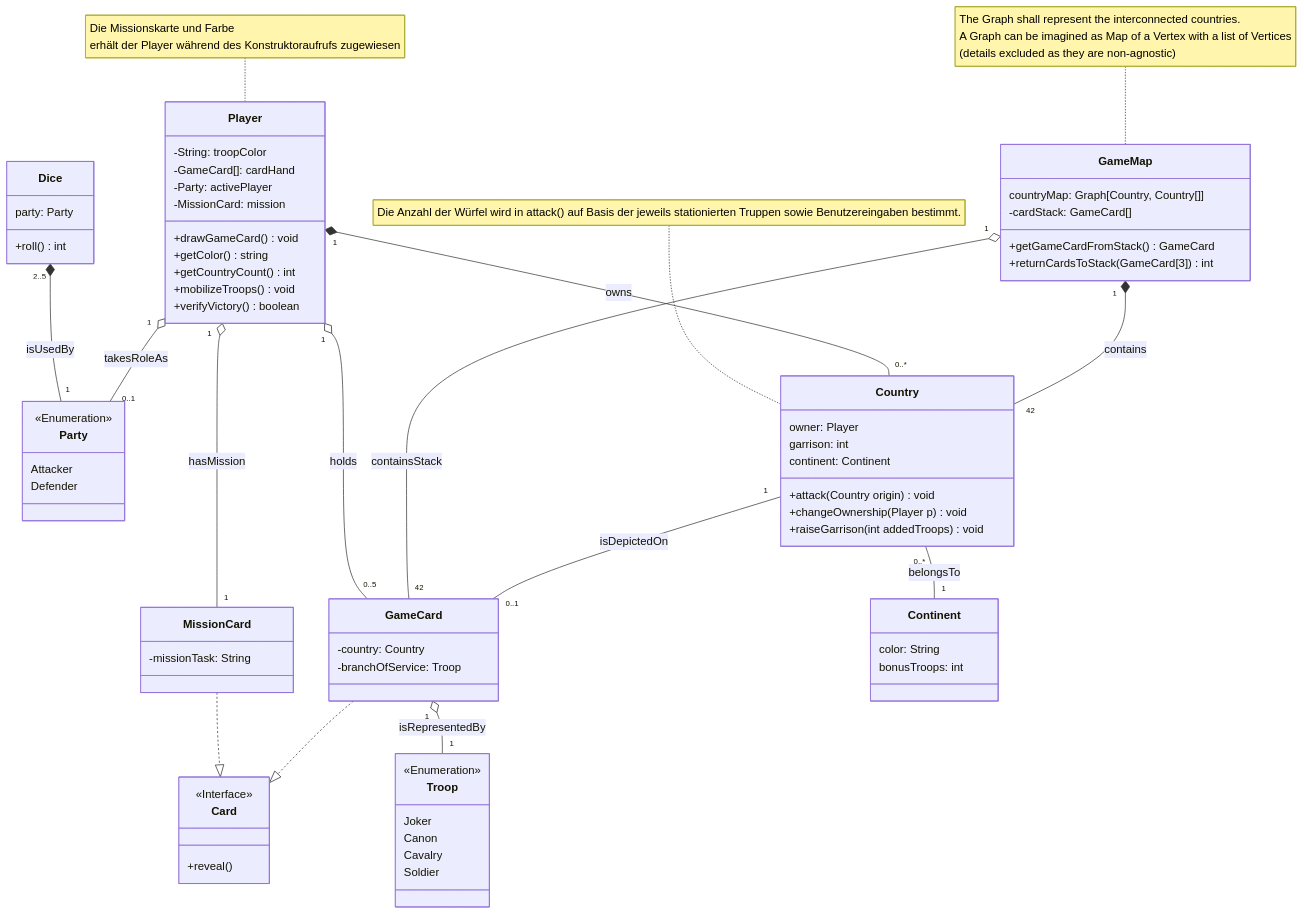
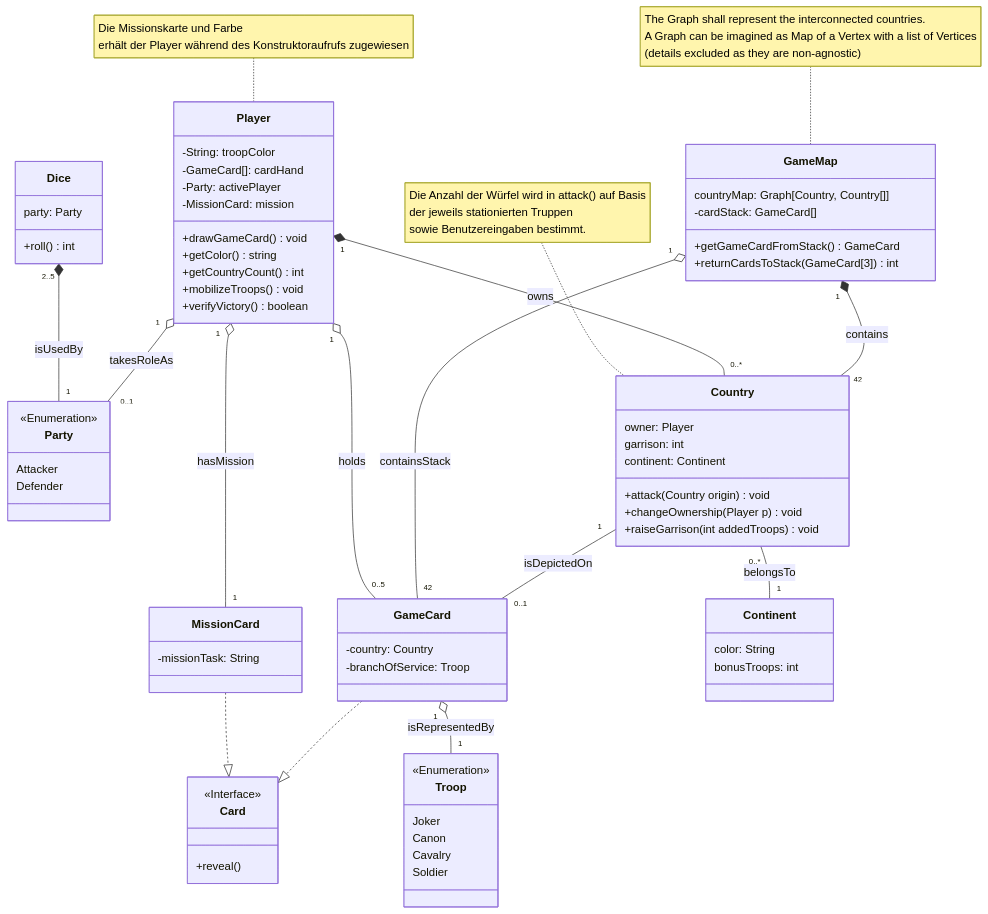
One commit to Raqhael/risiko-engineering changed the diagram in CLASSDIAGRAM.md. Above: the diagram before and after it, drawn with Mermaid.

Commit message:
cosmetic adjustments to class diagram

````diff
--- a/CLASSDIAGRAM.md
+++ b/CLASSDIAGRAM.md
@@ -3,5 +3,4 @@
 ```mermaid
-%% TODO: Kardinalitäten
 %% Klassen
 classDiagram
     note for Player "Die Missionskarte und Farbe
@@ -101,5 +100,7 @@
     A Graph can be imagined as Map of a Vertex with a list of Vertices
     (details excluded as they are non-agnostic)"
 
-    note for Country "Die Anzahl der Würfel wird in attack() auf Basis der jeweils stationierten Truppen sowie Benutzereingaben bestimmt."
+    note for Country "Die Anzahl der Würfel wird in attack() auf Basis
+    der jeweils stationierten Truppen 
+    sowie Benutzereingaben bestimmt."
 ```
````
